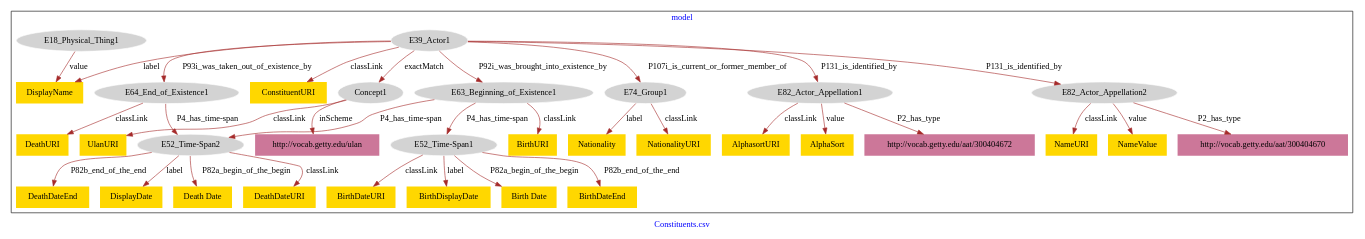
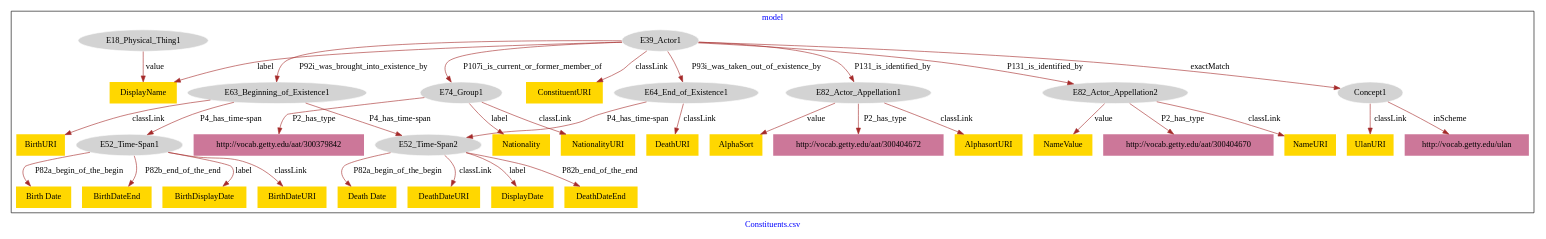
Before and after one commit to american-art/GM: the diagram in Constituents_institutions/Constituents_institutions-model.dot, drawn with Graphviz.

Commit message:
Update file Constituents_institutions-model.dot

```diff
--- a/Constituents_institutions/Constituents_institutions-model.dot
+++ b/Constituents_institutions/Constituents_institutions-model.dot
@@ -1,72 +1,74 @@
 digraph n0 {
 fontcolor="blue"
 remincross="true"
 label="Constituents.csv"
 subgraph cluster {
 label="model"
-n2[style="filled",color="white",fillcolor="lightgray",label="E74_Group1"];
-n3[shape="plaintext",style="filled",fillcolor="gold",label="Nationality"];
-n4[style="filled",color="white",fillcolor="lightgray",label="E52_Time-Span2"];
-n5[shape="plaintext",style="filled",fillcolor="gold",label="DeathDateEnd"];
-n6[style="filled",color="white",fillcolor="lightgray",label="E82_Actor_Appellation1"];
-n7[shape="plaintext",style="filled",fillcolor="#CC7799",label="http://vocab.getty.edu/aat/300404672"];
-n8[style="filled",color="white",fillcolor="lightgray",label="E39_Actor1"];
-n9[style="filled",color="white",fillcolor="lightgray",label="E64_End_of_Existence1"];
-n10[style="filled",color="white",fillcolor="lightgray",label="E82_Actor_Appellation2"];
-n11[shape="plaintext",style="filled",fillcolor="gold",label="ConstituentURI"];
-n12[shape="plaintext",style="filled",fillcolor="gold",label="DisplayDate"];
-n13[style="filled",color="white",fillcolor="lightgray",label="Concept1"];
-n14[style="filled",color="white",fillcolor="lightgray",label="E63_Beginning_of_Existence1"];
-n15[style="filled",color="white",fillcolor="lightgray",label="E52_Time-Span1"];
-n16[shape="plaintext",style="filled",fillcolor="gold",label="BirthDateURI"];
-n17[shape="plaintext",style="filled",fillcolor="#CC7799",label="http://vocab.getty.edu/aat/300404670"];
-n18[shape="plaintext",style="filled",fillcolor="gold",label="Death Date"];
-n19[shape="plaintext",style="filled",fillcolor="gold",label="DeathURI"];
-n20[shape="plaintext",style="filled",fillcolor="gold",label="AlphasortURI"];
-n21[shape="plaintext",style="filled",fillcolor="gold",label="BirthDisplayDate"];
-n22[shape="plaintext",style="filled",fillcolor="gold",label="NationalityURI"];
-n23[shape="plaintext",style="filled",fillcolor="gold",label="AlphaSort"];
-n24[shape="plaintext",style="filled",fillcolor="gold",label="Birth Date"];
-n25[shape="plaintext",style="filled",fillcolor="gold",label="BirthURI"];
-n26[shape="plaintext",style="filled",fillcolor="gold",label="NameURI"];
-n27[shape="plaintext",style="filled",fillcolor="gold",label="DeathDateURI"];
-n28[shape="plaintext",style="filled",fillcolor="gold",label="DisplayName"];
-n29[shape="plaintext",style="filled",fillcolor="gold",label="BirthDateEnd"];
-n30[shape="plaintext",style="filled",fillcolor="gold",label="UlanURI"];
-n31[shape="plaintext",style="filled",fillcolor="#CC7799",label="http://vocab.getty.edu/ulan"];
-n32[style="filled",color="white",fillcolor="lightgray",label="E18_Physical_Thing1"];
-n33[shape="plaintext",style="filled",fillcolor="gold",label="NameValue"];
+n2[style="filled",color="white",fillcolor="lightgray",label="E64_End_of_Existence1"];
+n3[shape="plaintext",style="filled",fillcolor="gold",label="DeathURI"];
+n4[style="filled",color="white",fillcolor="lightgray",label="E82_Actor_Appellation1"];
+n5[shape="plaintext",style="filled",fillcolor="#CC7799",label="http://vocab.getty.edu/aat/300404672"];
+n6[style="filled",color="white",fillcolor="lightgray",label="E39_Actor1"];
+n7[style="filled",color="white",fillcolor="lightgray",label="E82_Actor_Appellation2"];
+n8[style="filled",color="white",fillcolor="lightgray",label="E52_Time-Span1"];
+n9[shape="plaintext",style="filled",fillcolor="gold",label="Birth Date"];
+n10[shape="plaintext",style="filled",fillcolor="gold",label="BirthDateEnd"];
+n11[shape="plaintext",style="filled",fillcolor="gold",label="BirthDisplayDate"];
+n12[shape="plaintext",style="filled",fillcolor="gold",label="AlphasortURI"];
+n13[style="filled",color="white",fillcolor="lightgray",label="E52_Time-Span2"];
+n14[shape="plaintext",style="filled",fillcolor="gold",label="Death Date"];
+n15[style="filled",color="white",fillcolor="lightgray",label="E18_Physical_Thing1"];
+n16[shape="plaintext",style="filled",fillcolor="gold",label="DisplayName"];
+n17[style="filled",color="white",fillcolor="lightgray",label="Concept1"];
+n18[shape="plaintext",style="filled",fillcolor="gold",label="UlanURI"];
+n19[style="filled",color="white",fillcolor="lightgray",label="E63_Beginning_of_Existence1"];
+n20[shape="plaintext",style="filled",fillcolor="#CC7799",label="http://vocab.getty.edu/aat/300404670"];
+n21[shape="plaintext",style="filled",fillcolor="gold",label="BirthURI"];
+n22[shape="plaintext",style="filled",fillcolor="gold",label="NameURI"];
+n23[style="filled",color="white",fillcolor="lightgray",label="E74_Group1"];
+n24[shape="plaintext",style="filled",fillcolor="gold",label="Nationality"];
+n25[shape="plaintext",style="filled",fillcolor="gold",label="NameValue"];
+n26[shape="plaintext",style="filled",fillcolor="gold",label="NationalityURI"];
+n27[shape="plaintext",style="filled",fillcolor="gold",label="ConstituentURI"];
+n28[shape="plaintext",style="filled",fillcolor="gold",label="DeathDateURI"];
+n29[shape="plaintext",style="filled",fillcolor="gold",label="DisplayDate"];
+n30[shape="plaintext",style="filled",fillcolor="#CC7799",label="http://vocab.getty.edu/ulan"];
+n31[shape="plaintext",style="filled",fillcolor="gold",label="AlphaSort"];
+n32[shape="plaintext",style="filled",fillcolor="gold",label="DeathDateEnd"];
+n33[shape="plaintext",style="filled",fillcolor="gold",label="BirthDateURI"];
+n34[shape="plaintext",style="filled",fillcolor="#CC7799",label="http://vocab.getty.edu/aat/300379842"];
 }
-n2 -> n3[color="brown",fontcolor="black",label="label"]
-n4 -> n5[color="brown",fontcolor="black",label="P82b_end_of_the_end"]
-n6 -> n7[color="brown",fontcolor="black",label="P2_has_type"]
-n8 -> n9[color="brown",fontcolor="black",label="P93i_was_taken_out_of_existence_by"]
-n8 -> n10[color="brown",fontcolor="black",label="P131_is_identified_by"]
-n8 -> n11[color="brown",fontcolor="black",label="classLink"]
-n8 -> n6[color="brown",fontcolor="black",label="P131_is_identified_by"]
-n4 -> n12[color="brown",fontcolor="black",label="label"]
-n8 -> n13[color="brown",fontcolor="black",label="exactMatch"]
-n14 -> n15[color="brown",fontcolor="black",label="P4_has_time-span"]
-n15 -> n16[color="brown",fontcolor="black",label="classLink"]
-n10 -> n17[color="brown",fontcolor="black",label="P2_has_type"]
-n14 -> n4[color="brown",fontcolor="black",label="P4_has_time-span"]
-n4 -> n18[color="brown",fontcolor="black",label="P82a_begin_of_the_begin"]
-n9 -> n19[color="brown",fontcolor="black",label="classLink"]
-n6 -> n20[color="brown",fontcolor="black",label="classLink"]
-n15 -> n21[color="brown",fontcolor="black",label="label"]
-n2 -> n22[color="brown",fontcolor="black",label="classLink"]
-n6 -> n23[color="brown",fontcolor="black",label="value"]
-n15 -> n24[color="brown",fontcolor="black",label="P82a_begin_of_the_begin"]
-n14 -> n25[color="brown",fontcolor="black",label="classLink"]
-n10 -> n26[color="brown",fontcolor="black",label="classLink"]
-n8 -> n14[color="brown",fontcolor="black",label="P92i_was_brought_into_existence_by"]
-n4 -> n27[color="brown",fontcolor="black",label="classLink"]
-n8 -> n28[color="brown",fontcolor="black",label="label"]
-n15 -> n29[color="brown",fontcolor="black",label="P82b_end_of_the_end"]
-n13 -> n30[color="brown",fontcolor="black",label="classLink"]
-n8 -> n2[color="brown",fontcolor="black",label="P107i_is_current_or_former_member_of"]
-n13 -> n31[color="brown",fontcolor="black",label="inScheme"]
-n32 -> n28[color="brown",fontcolor="black",label="value"]
-n9 -> n4[color="brown",fontcolor="black",label="P4_has_time-span"]
-n10 -> n33[color="brown",fontcolor="black",label="value"]
+n2 -> n3[color="brown",fontcolor="black",label="classLink"]
+n4 -> n5[color="brown",fontcolor="black",label="P2_has_type"]
+n6 -> n2[color="brown",fontcolor="black",label="P93i_was_taken_out_of_existence_by"]
+n6 -> n7[color="brown",fontcolor="black",label="P131_is_identified_by"]
+n8 -> n9[color="brown",fontcolor="black",label="P82a_begin_of_the_begin"]
+n6 -> n4[color="brown",fontcolor="black",label="P131_is_identified_by"]
+n8 -> n10[color="brown",fontcolor="black",label="P82b_end_of_the_end"]
+n8 -> n11[color="brown",fontcolor="black",label="label"]
+n4 -> n12[color="brown",fontcolor="black",label="classLink"]
+n13 -> n14[color="brown",fontcolor="black",label="P82a_begin_of_the_begin"]
+n15 -> n16[color="brown",fontcolor="black",label="value"]
+n17 -> n18[color="brown",fontcolor="black",label="classLink"]
+n6 -> n17[color="brown",fontcolor="black",label="exactMatch"]
+n19 -> n8[color="brown",fontcolor="black",label="P4_has_time-span"]
+n7 -> n20[color="brown",fontcolor="black",label="P2_has_type"]
+n19 -> n13[color="brown",fontcolor="black",label="P4_has_time-span"]
+n19 -> n21[color="brown",fontcolor="black",label="classLink"]
+n7 -> n22[color="brown",fontcolor="black",label="classLink"]
+n23 -> n24[color="brown",fontcolor="black",label="label"]
+n7 -> n25[color="brown",fontcolor="black",label="value"]
+n23 -> n26[color="brown",fontcolor="black",label="classLink"]
+n6 -> n19[color="brown",fontcolor="black",label="P92i_was_brought_into_existence_by"]
+n6 -> n27[color="brown",fontcolor="black",label="classLink"]
+n13 -> n28[color="brown",fontcolor="black",label="classLink"]
+n13 -> n29[color="brown",fontcolor="black",label="label"]
+n6 -> n23[color="brown",fontcolor="black",label="P107i_is_current_or_former_member_of"]
+n6 -> n16[color="brown",fontcolor="black",label="label"]
+n17 -> n30[color="brown",fontcolor="black",label="inScheme"]
+n2 -> n13[color="brown",fontcolor="black",label="P4_has_time-span"]
+n4 -> n31[color="brown",fontcolor="black",label="value"]
+n13 -> n32[color="brown",fontcolor="black",label="P82b_end_of_the_end"]
+n8 -> n33[color="brown",fontcolor="black",label="classLink"]
+n23 -> n34[color="brown",fontcolor="black",label="P2_has_type"]
 }
```
